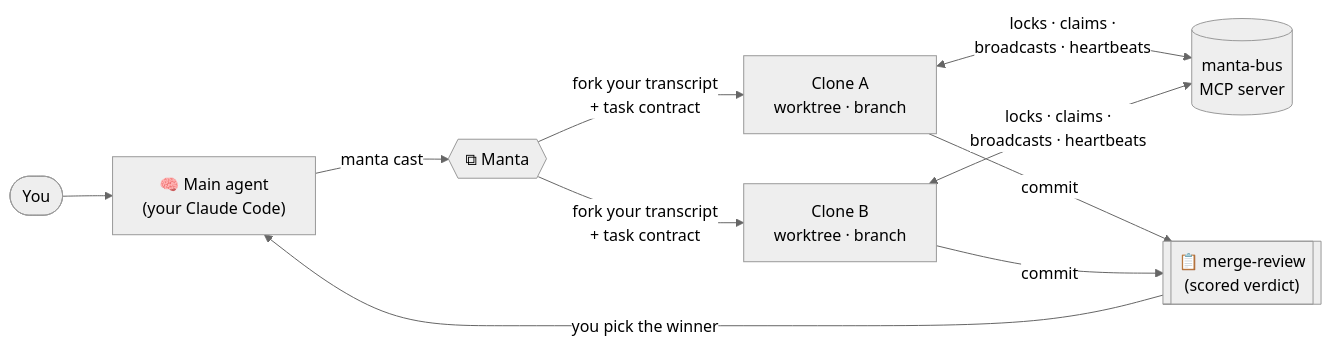
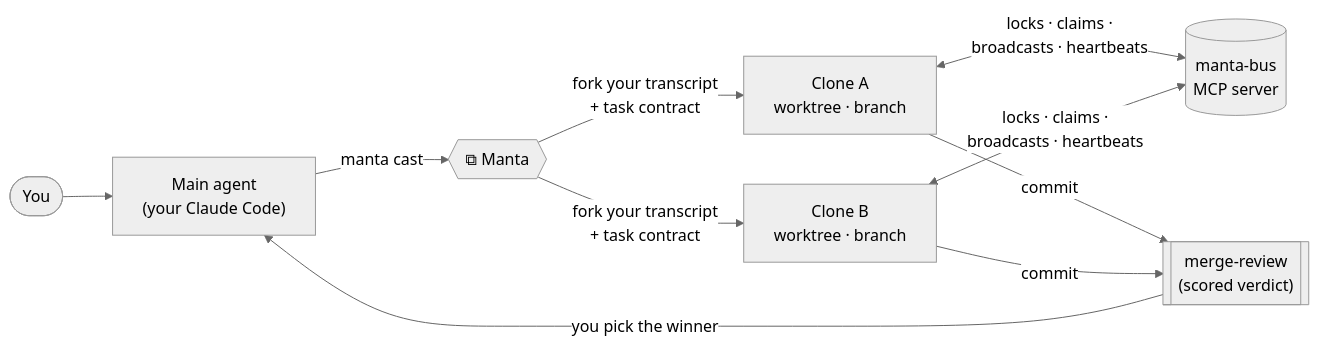
The first of 3 diagrams in README.md (tr00x/Manta), drawn with Mermaid (neutral theme) before and after one commit. The commit also changed other lines of this file, not shown here.

````diff
--- a/README.md
+++ b/README.md
@@ -85,12 +85,12 @@
 ```mermaid
 flowchart LR
-    You([You]) --> Main["🧠 Main agent<br/>(your Claude Code)"]
+    You([You]) --> Main["Main agent<br/>(your Claude Code)"]
     Main -->|manta cast| K{{⧉ Manta}}
     K -->|fork your transcript<br/>+ task contract| A["Clone A<br/>worktree · branch"]
     K -->|fork your transcript<br/>+ task contract| B["Clone B<br/>worktree · branch"]
     A <-->|locks · claims ·<br/>broadcasts · heartbeats| Bus[("manta-bus<br/>MCP server")]
     B <-->|locks · claims ·<br/>broadcasts · heartbeats| Bus
-    A -->|commit| MR[["📋 merge-review<br/>(scored verdict)"]]
+    A -->|commit| MR[["merge-review<br/>(scored verdict)"]]
     B -->|commit| MR
     MR -->|you pick the winner| Main
 ```
````
